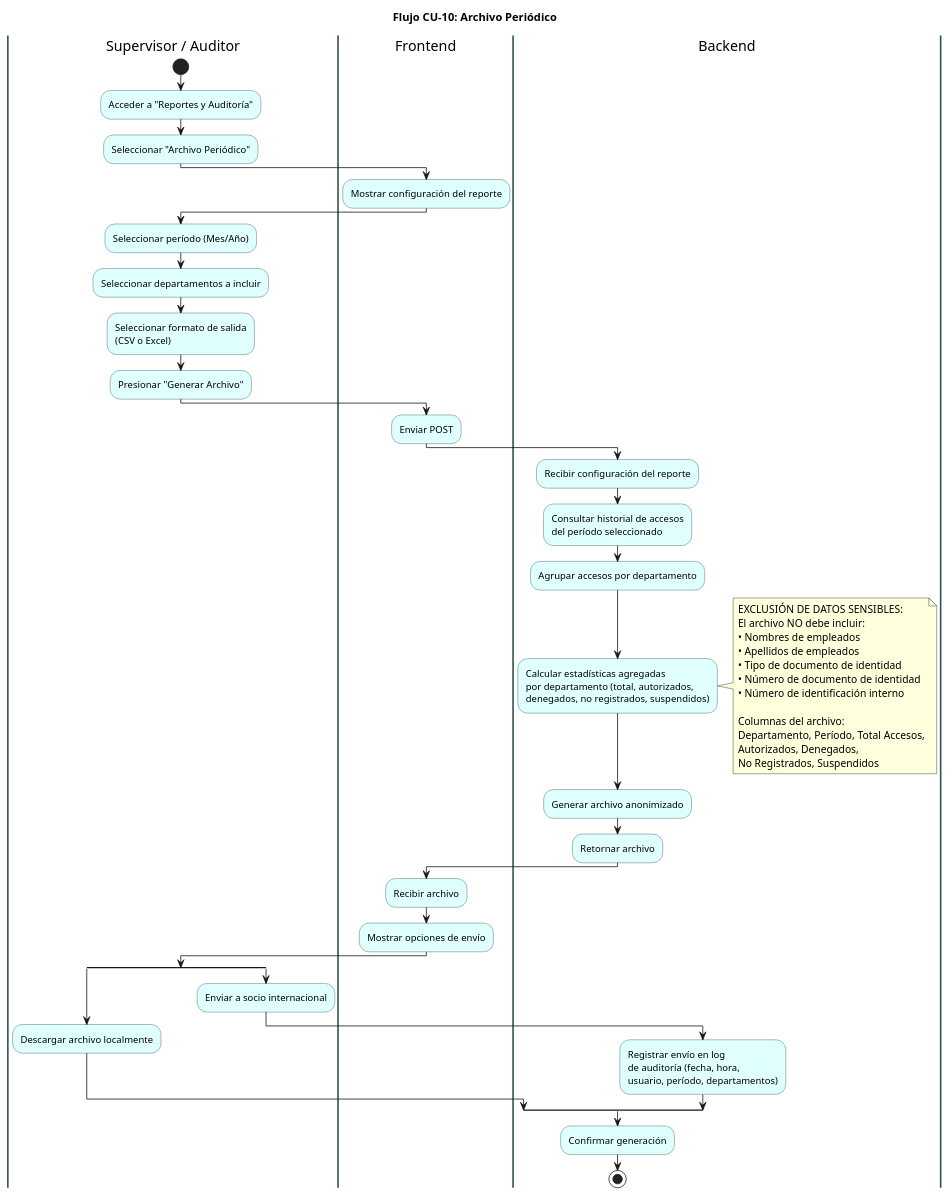
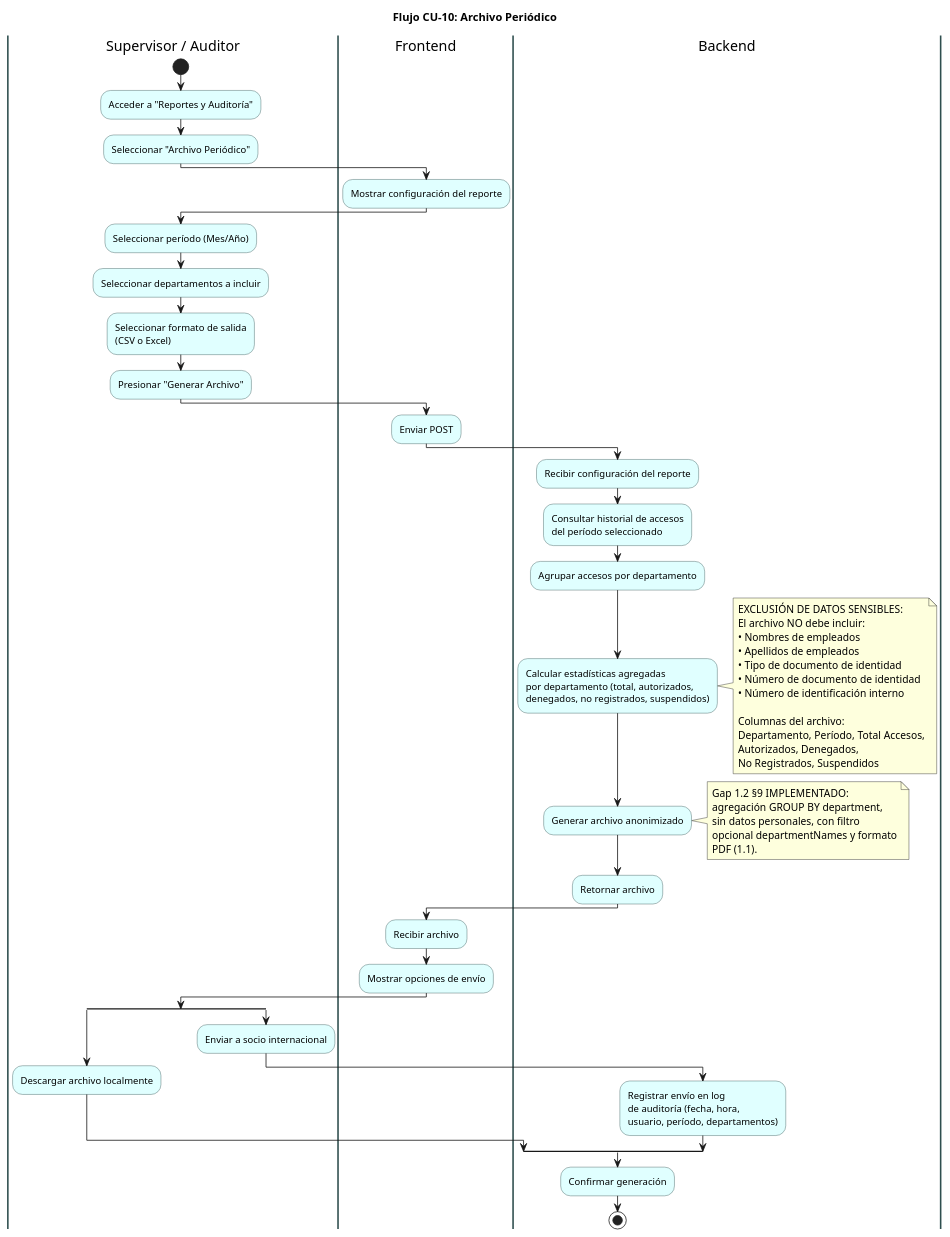
Before and after one commit to ElianMMCode/Zone-Control: the diagram in docs/diagramas/flujo/15_flujo_archivo_periodico.puml, drawn with PlantUML. The commit also changed 7 other files, not shown here.

First line of the commit message:
docs: Fase A complete - HUs 07/15/16/17, flows 13-15, plan §9

```diff
--- a/docs/diagramas/flujo/15_flujo_archivo_periodico.puml
+++ b/docs/diagramas/flujo/15_flujo_archivo_periodico.puml
@@ -1,82 +1,90 @@
 @startuml
 title Flujo CU-10: Archivo Periódico
 skinparam activity {
   BackgroundColor LightCyan
   BorderColor DarkSlateGray
 }
 skinparam swimlane {
   BorderColor DarkSlateGray
   BorderThickness 2
 }
 
 |Supervisor / Auditor|
 start
 :Acceder a "Reportes y Auditoría";
 
 :Seleccionar "Archivo Periódico";
 
 |Frontend|
 :Mostrar configuración del reporte;
 
 |Supervisor / Auditor|
 :Seleccionar período (Mes/Año);
 
 :Seleccionar departamentos a incluir;
 
 :Seleccionar formato de salida\n(CSV o Excel);
 
 :Presionar "Generar Archivo";
 
 |Frontend|
 :Enviar POST;
 
 |Backend|
 :Recibir configuración del reporte;
 
 :Consultar historial de accesos\ndel período seleccionado;
 
 :Agrupar accesos por departamento;
 
 :Calcular estadísticas agregadas\npor departamento (total, autorizados,\ndenegados, no registrados, suspendidos);
 
 note right
   EXCLUSIÓN DE DATOS SENSIBLES:
   El archivo NO debe incluir:
   • Nombres de empleados
   • Apellidos de empleados
   • Tipo de documento de identidad
   • Número de documento de identidad
   • Número de identificación interno
 
   Columnas del archivo:
   Departamento, Período, Total Accesos,
   Autorizados, Denegados,
   No Registrados, Suspendidos
 end note
 
 :Generar archivo anonimizado;
 
+note right
+  Gap 1.2 §9 IMPLEMENTADO:
+  agregación GROUP BY department,
+  sin datos personales, con filtro
+  opcional departmentNames y formato
+  PDF (1.1).
+end note
+
 :Retornar archivo;
 
 |Frontend|
 :Recibir archivo;
 
 :Mostrar opciones de envío;
 
 |Supervisor / Auditor|
 split
   :Descargar archivo localmente;
 
 split again
   :Enviar a socio internacional;
 
   |Backend|
   :Registrar envío en log\nde auditoría (fecha, hora,\nusuario, período, departamentos);
 
 end split
 
 :Confirmar generación;
 
 stop
 
 @enduml
```
